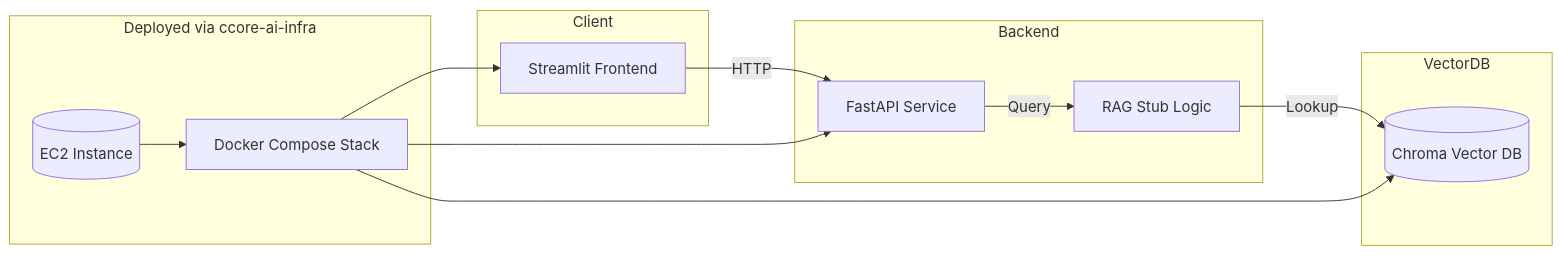
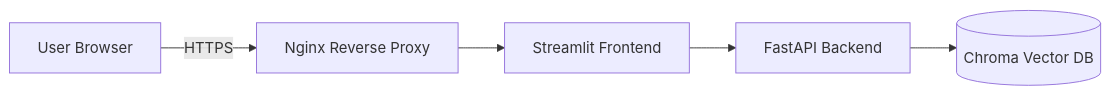
Before and after one commit to LaurisNeimanis/ccore-ai-demo: the first of 2 diagrams in README.md, drawn with Mermaid. The commit also changed other lines of this file and 2 other files, not shown here.

Commit message:
docs(app): update README license and diagrams

````diff
--- a/README.md
+++ b/README.md
@@ -67,28 +70,7 @@
 ```mermaid
 flowchart LR
-    subgraph Client
-        UI[Streamlit Frontend]
-    end
-
-    subgraph Backend
-        API[FastAPI Service]
-        RAGStub[RAG Stub Logic]
-    end
-
-    subgraph VectorDB
-        Chroma[(Chroma Vector DB)]
-    end
-
-    subgraph Infra["Deployed via ccore-ai-infra"]
-        DockerCompose[Docker Compose Stack]
-        EC2[(EC2 Instance)]
-    end
-
-    UI -->|HTTP| API
-    API -->|Query| RAGStub
-    RAGStub -->|Lookup| Chroma
-    DockerCompose --> API
-    DockerCompose --> UI
-    DockerCompose --> Chroma
-    EC2 --> DockerCompose
+    Browser[User Browser] -->|HTTPS| Nginx[Nginx Reverse Proxy]
+    Nginx --> UI[Streamlit Frontend]
+    UI --> API[FastAPI Backend]
+    API --> Chroma[(Chroma Vector DB)]
 ```
````
